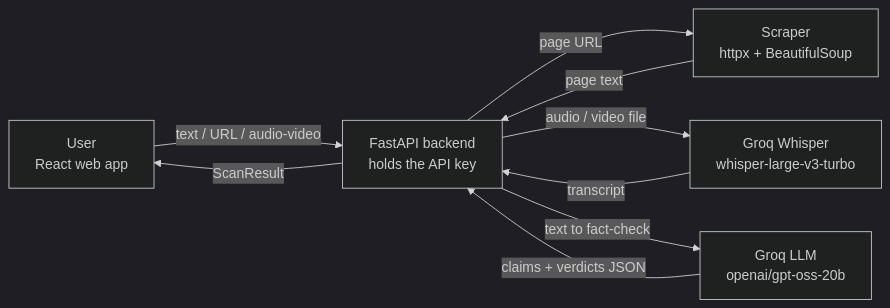
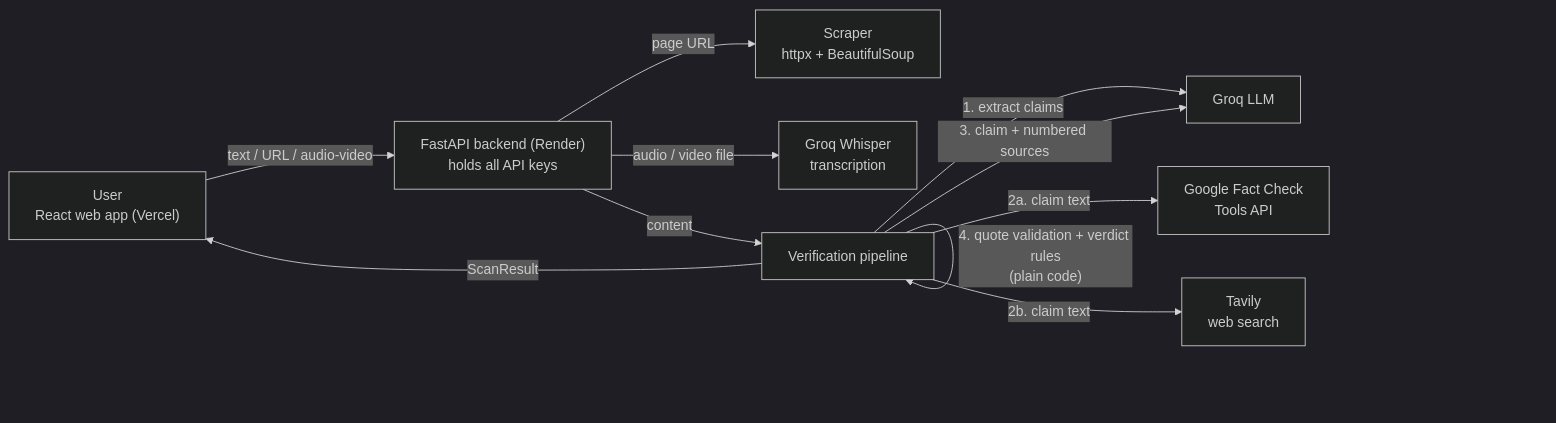
The diagram in doc/ARCHITECTURE.md (Denay2468/TruthLens), drawn with Mermaid (dark theme) before and after one commit. The commit also changed other lines of this file and 4 other files, not shown here.

````diff
--- a/doc/ARCHITECTURE.md
+++ b/doc/ARCHITECTURE.md
@@ -7,11 +7,13 @@
 ```mermaid
 flowchart LR
-    U[User<br/>React web app] -->|text / URL / audio-video| B[FastAPI backend<br/>holds the API key]
-    B -->|page URL| S[Scraper<br/>httpx + BeautifulSoup]
-    S -->|page text| B
-    B -->|audio / video file| W[Groq Whisper<br/>whisper-large-v3-turbo]
-    W -->|transcript| B
-    B -->|text to fact-check| G[Groq LLM<br/>openai/gpt-oss-20b]
-    G -->|claims + verdicts JSON| B
-    B -->|ScanResult| U
+    U["User<br/>React web app (Vercel)"] -->|"text / URL / audio-video"| B["FastAPI backend (Render)<br/>holds all API keys"]
+    B -->|"page URL"| S["Scraper<br/>httpx + BeautifulSoup"]
+    B -->|"audio / video file"| W["Groq Whisper<br/>transcription"]
+    B -->|"content"| P["Verification pipeline"]
+    P -->|"1. extract claims"| G["Groq LLM"]
+    P -->|"2a. claim text"| F["Google Fact Check<br/>Tools API"]
+    P -->|"2b. claim text"| T["Tavily<br/>web search"]
+    P -->|"3. claim + numbered sources"| G
+    P -->|"4. quote validation + verdict rules<br/>(plain code)"| P
+    P -->|"ScanResult"| U
 ```
````
